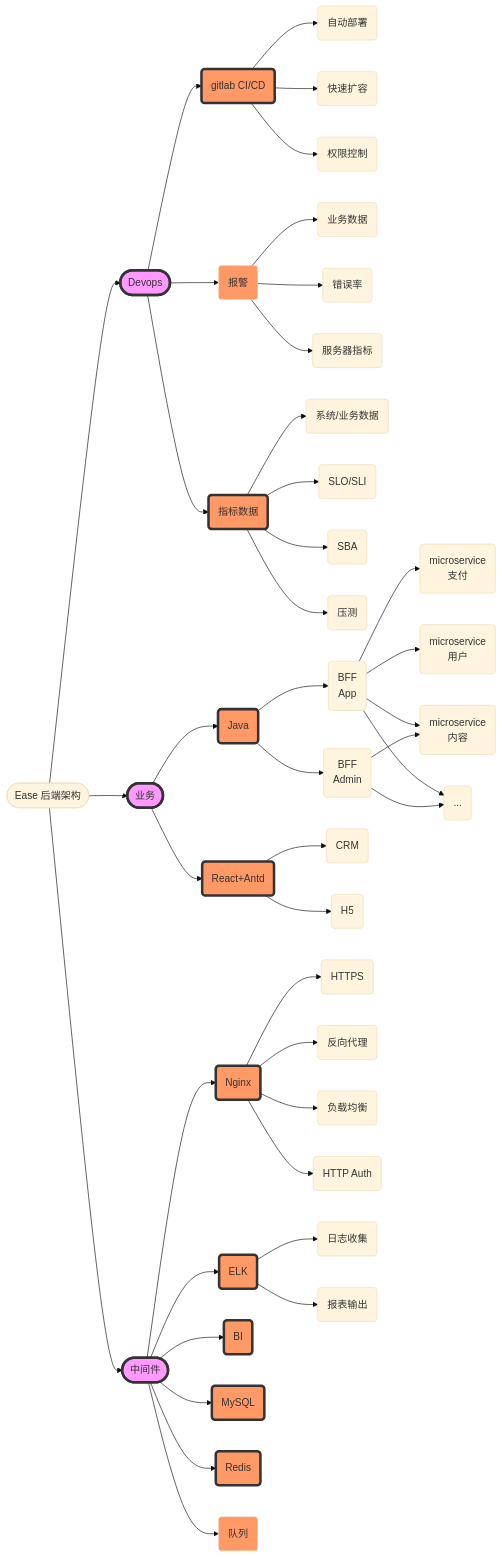
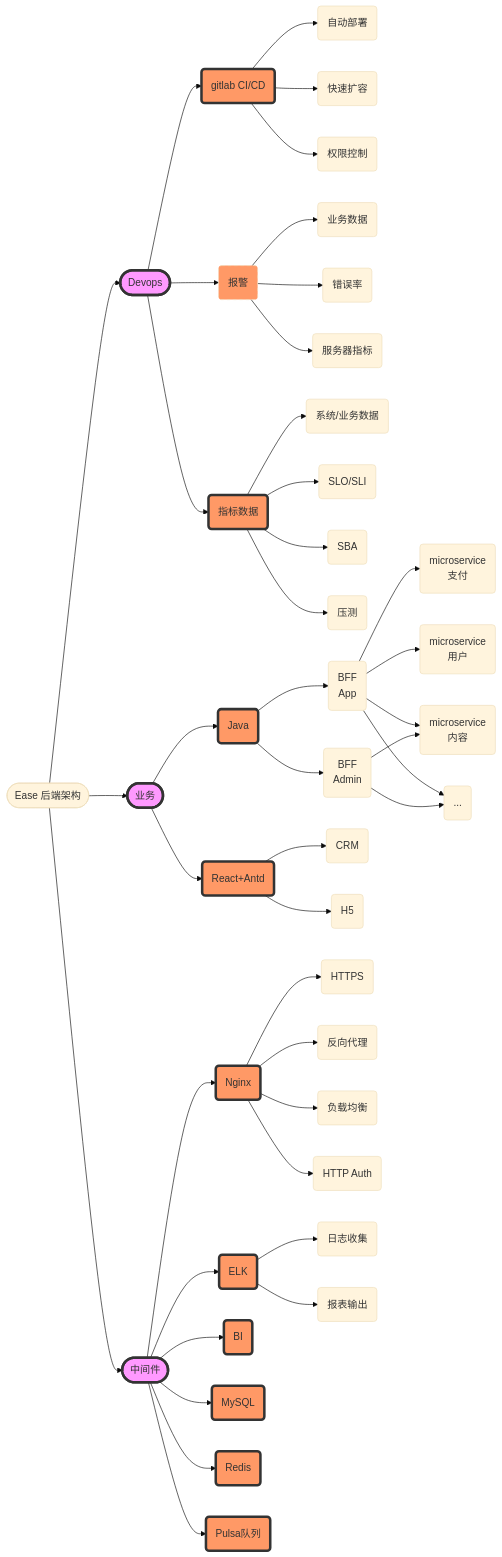
The first of 9 diagrams in _posts/2021-07-26-3-month-sharing.md (dengqinghua/dengqinghua.github.io), drawn with Mermaid (base theme) before and after one commit. The commit also changed other lines of this file and 4 other files, not shown here.

```diff
--- a/_posts/2021-07-26-3-month-sharing.md
+++ b/_posts/2021-07-26-3-month-sharing.md
@@ -22,72 +23,72 @@
 <div class="mermaid" markdown="0">
 graph LR;
     arch([Ease 后端架构]);
     op([Devops]);
     op1(gitlab CI/CD)
     op11(自动部署)
     op12(快速扩容)
     op13(权限控制)
     op2(指标数据)
     op3(报警)
     op31(业务数据)
     op32(错误率)
     op33(服务器指标)
     op21(系统/业务数据)
     op22(SLO/SLI)
     op23(SBA)
     op24(压测)
     biz([业务]);
     biz1(Java);
     biz11(BFF <br >App);
     biz12(BFF <br >Admin);
     biz2(React+Antd);
     biz-m1(microservice<br > 内容)
     biz-m3(microservice<br > 支付)
     biz-m4(microservice<br > 用户)
     biz-other(...)
     biz22(CRM);
     biz23(H5);
     sys([中间件]);
     sys0(Nginx);
     sys00(HTTPS);
     sys01(反向代理);
     sys02(负载均衡);
     sys03(HTTP Auth);
     sys1(ELK);
     sys11(日志收集);
     sys12(报表输出);
     sys2(BI);
     sys3(MySQL);
     sys4(Redis);
-    sys5(队列);
+    sys5(Pulsa队列);
     arch-->op & biz & sys;
     op-->op1 & op2 & op3;
     op1-->op11 & op12 & op13;
     op2-->op21 & op22 & op23 & op24;
     op3-->op31 & op32 & op33;
     biz-->biz1 & biz2;
     biz1-->biz11 & biz12;
     biz2-->biz22 & biz23;
     sys-->sys0 & sys1 & sys2 & sys3 & sys4 & sys5;
     sys1-->sys11 & sys12;
     sys0-->sys00 & sys01 & sys02 & sys03;
     biz11 --> biz-m3 & biz-m4
     biz11 & biz12 --> biz-m1 & biz-other
 
     style op fill:#f9f,stroke:#333,stroke-width:4px
     style biz fill:#f9f,stroke:#333,stroke-width:4px
     style sys fill:#f9f,stroke:#333,stroke-width:4px
 
     style op1 fill:#f96f,stroke:#333,stroke-width:4px
     style op2 fill:#f96f,stroke:#333,stroke-width:4px
     style biz1 fill:#f96f,stroke:#333,stroke-width:4px
     style biz2 fill:#f96f,stroke:#333,stroke-width:4px
     style sys0 fill:#f96f,stroke:#333,stroke-width:4px
     style sys1 fill:#f96f,stroke:#333,stroke-width:4px
     style sys2 fill:#f96f,stroke:#333,stroke-width:4px
     style sys3 fill:#f96f,stroke:#333,stroke-width:4px
     style sys4 fill:#f96f,stroke:#333,stroke-width:4px
+    style sys5 fill:#f96f,stroke:#333,stroke-width:4px
 
     style op3 fill:#f96f,stroke-dasharray: 5 5
-    style sys5 fill:#f96f,stroke-dasharray: 5 5
 </div>
```
